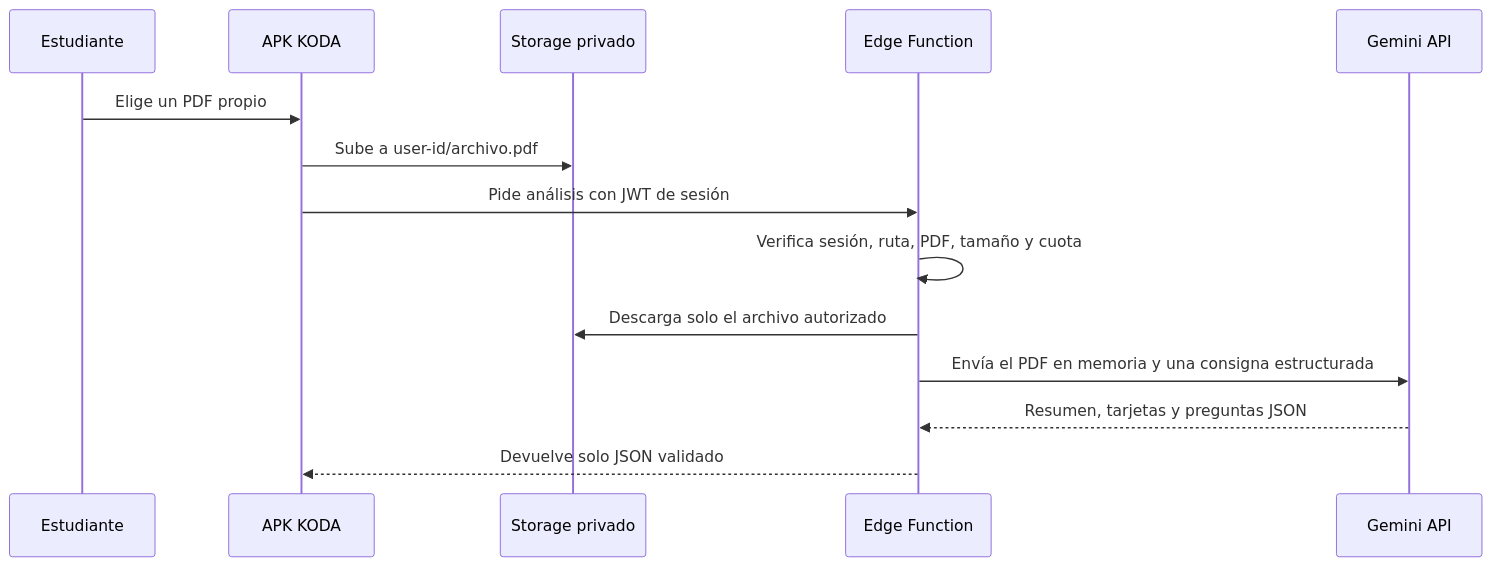
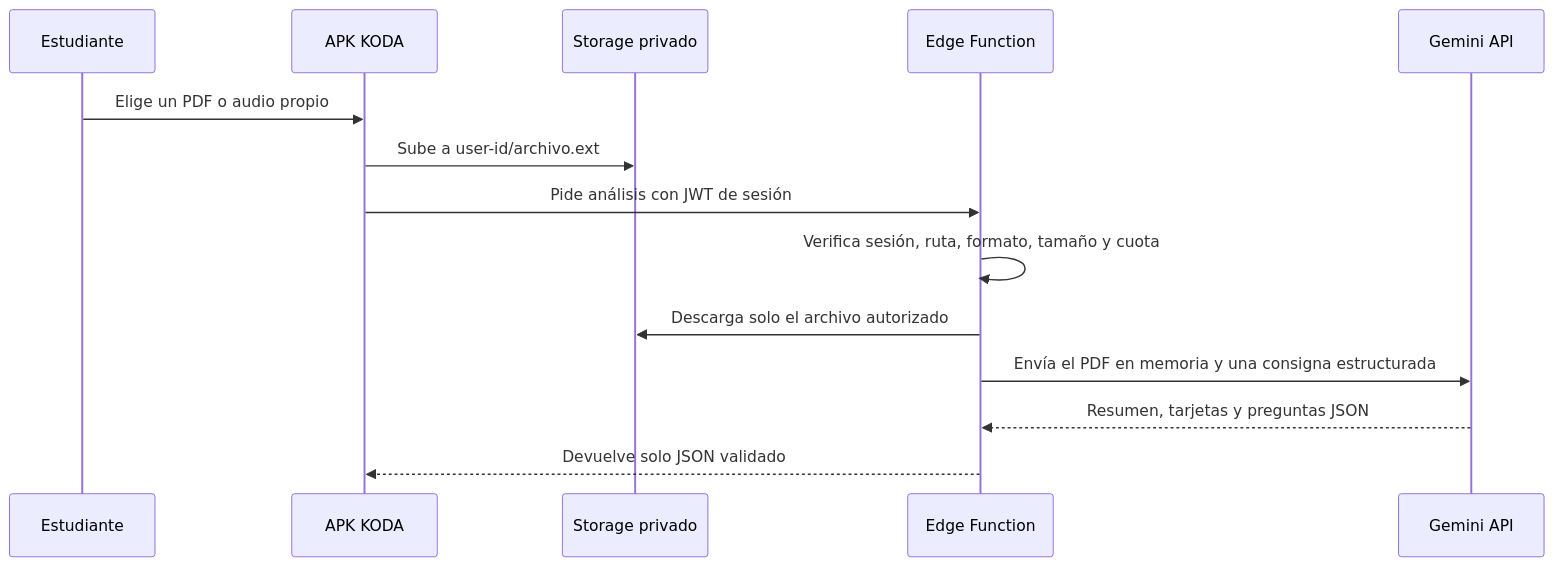
The diagram in docs/AI_SETUP.md (sebastianrosasq/KODA), drawn with Mermaid before and after one commit. The commit also changed other lines of this file and 21 other files, not shown here.

````diff
--- a/docs/AI_SETUP.md
+++ b/docs/AI_SETUP.md
@@ -7,17 +7,17 @@
 ```mermaid
 sequenceDiagram
   participant E as Estudiante
   participant A as APK KODA
   participant S as Storage privado
   participant F as Edge Function
   participant G as Gemini API
 
-  E->>A: Elige un PDF propio
-  A->>S: Sube a user-id/archivo.pdf
+  E->>A: Elige un PDF o audio propio
+  A->>S: Sube a user-id/archivo.ext
   A->>F: Pide análisis con JWT de sesión
-  F->>F: Verifica sesión, ruta, PDF, tamaño y cuota
+  F->>F: Verifica sesión, ruta, formato, tamaño y cuota
   F->>S: Descarga solo el archivo autorizado
   F->>G: Envía el PDF en memoria y una consigna estructurada
   G-->>F: Resumen, tarjetas y preguntas JSON
   F-->>A: Devuelve solo JSON validado
 ```
````
